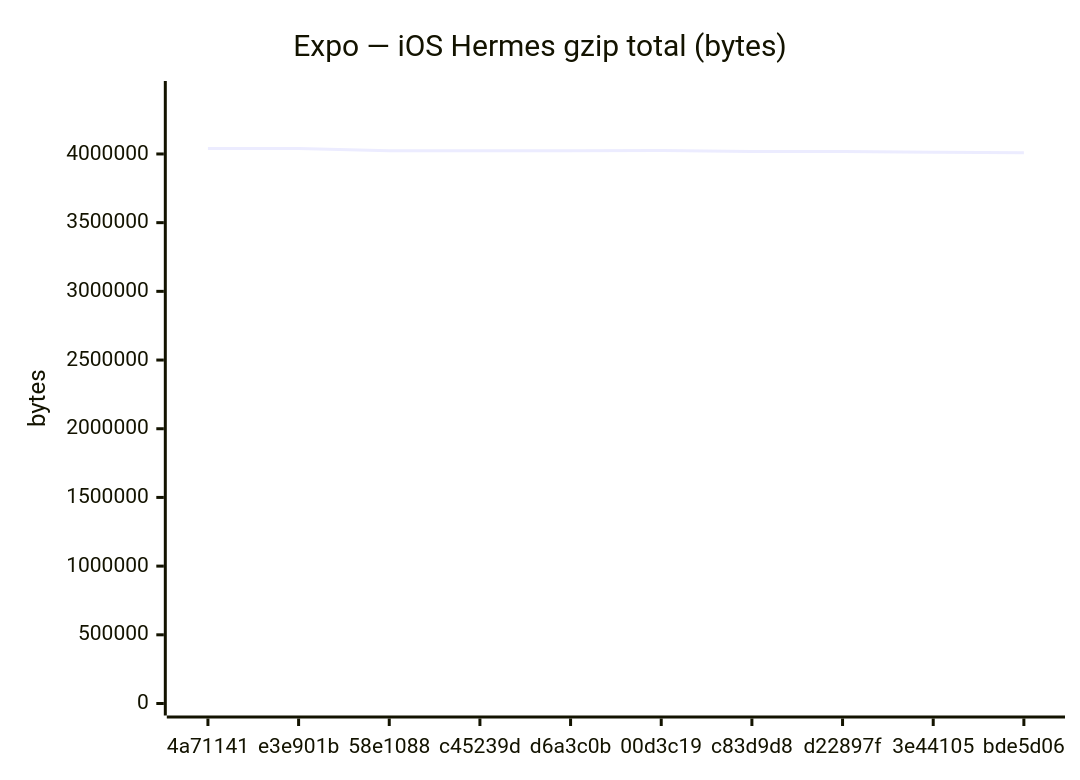
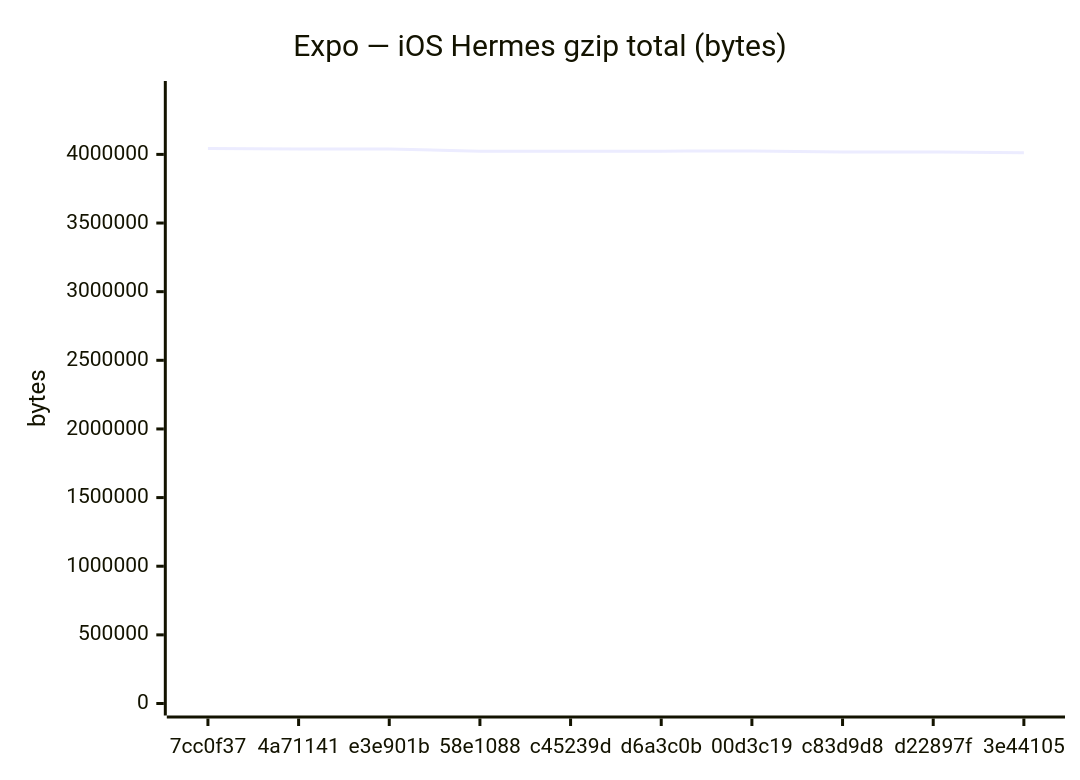
One commit to Metaheurist/Rianell changed the sixth of 18 diagrams in benchmarks/compare.md. Above: the diagram before and after it, drawn with Mermaid. The commit also changed other lines of this file and 11 other files, not shown here.

````diff
--- a/benchmarks/compare.md
+++ b/benchmarks/compare.md
@@ -96,7 +96,7 @@
 ```mermaid
 xychart-beta
     title "Expo — iOS Hermes gzip total (bytes)"
-    x-axis ["4a71141", "e3e901b", "58e1088", "c45239d", "d6a3c0b", "00d3c19", "c83d9d8", "d22897f", "3e44105", "bde5d06"]
-    y-axis "bytes" 0 --> 4443790
-    line [4039809, 4039179, 4023650, 4023650, 4023645, 4024761, 4017281, 4017565, 4012063, 4008470]
+    x-axis ["7cc0f37", "4a71141", "e3e901b", "58e1088", "c45239d", "d6a3c0b", "00d3c19", "c83d9d8", "d22897f", "3e44105"]
+    y-axis "bytes" 0 --> 4447254
+    line [4042958, 4039809, 4039179, 4023650, 4023650, 4023645, 4024761, 4017281, 4017565, 4012063]
 ```
````
